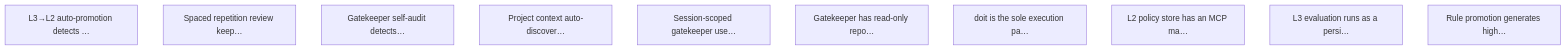
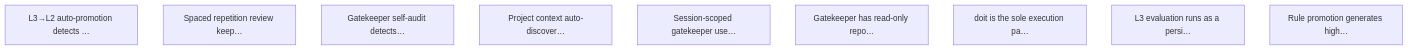
The diagram in docs/targets.md (marcelocantos/doit), drawn with Mermaid before and after one commit. The commit also changed other lines of this file and 5 other files, not shown here.

First line of the commit message:
Add L2 policy management MCP tools (🎯T7)

````diff
--- a/docs/targets.md
+++ b/docs/targets.md
@@ -194,13 +195,12 @@
 ```mermaid
 graph TD
     T10["L3→L2 auto-promotion detects …"]
     T11["Spaced repetition review keep…"]
     T12["Gatekeeper self-audit detects…"]
     T13["Project context auto-discover…"]
     T14["Session-scoped gatekeeper use…"]
     T15["Gatekeeper has read-only repo…"]
     T16["doit is the sole execution pa…"]
-    T7["L2 policy store has an MCP ma…"]
     T8["L3 evaluation runs as a persi…"]
     T9["Rule promotion generates high…"]
 ```
````
